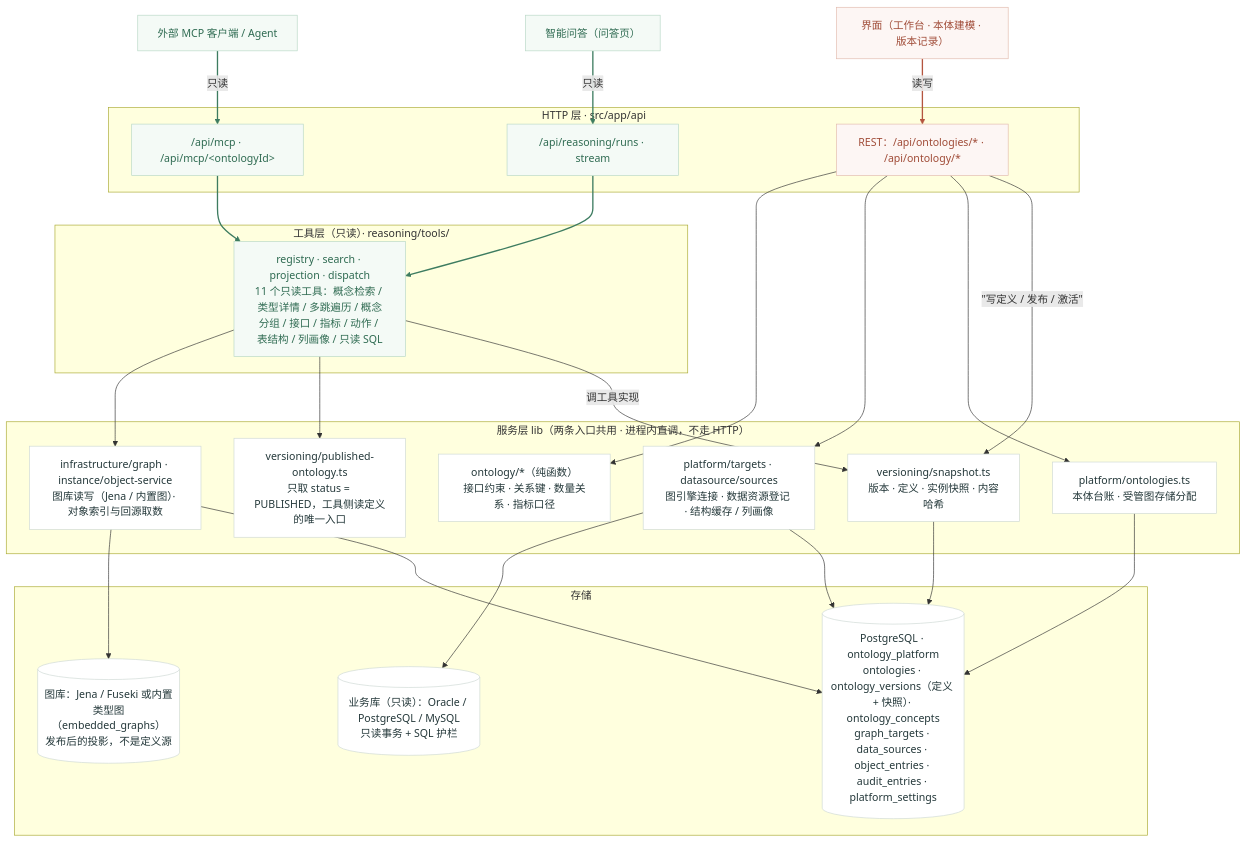
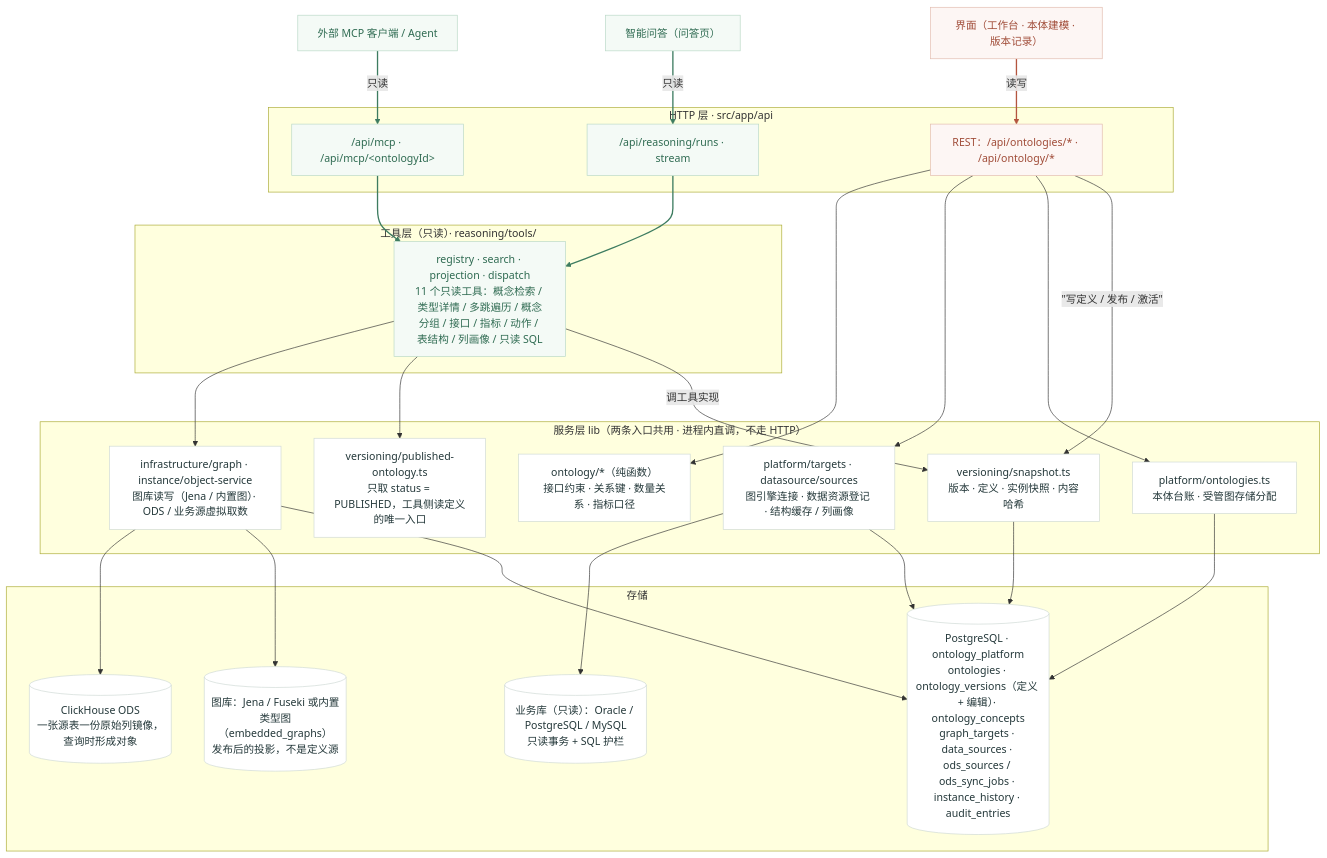
The first of 2 diagrams in README.md (shell-nlp/ontology_management), drawn with Mermaid before and after one commit. The commit also changed other lines of this file and 36 other files, not shown here.

````diff
--- a/README.md
+++ b/README.md
@@ -378,59 +378,61 @@
 ```mermaid
 flowchart TB
   UI["界面（工作台 · 本体建模 · 版本记录）"]
   QA["智能问答（问答页）"]
   EXT["外部 MCP 客户端 / Agent"]
 
   subgraph L_HTTP["HTTP 层 · src/app/api"]
     REST["REST：/api/ontologies/* · /api/ontology/*"]
     RUN["/api/reasoning/runs · stream"]
     MCPE["/api/mcp · /api/mcp/&lt;ontologyId&gt;"]
   end
 
   subgraph L_TOOLS["工具层（只读）· reasoning/tools/"]
     TOOLS["registry · search · projection · dispatch<br/>11 个只读工具：概念检索 / 类型详情 / 多跳遍历 / 概念分组 / 接口 / 指标 / 动作 / 表结构 / 列画像 / 只读 SQL"]
   end
 
   subgraph L_SERVICE["服务层 lib（两条入口共用 · 进程内直调，不走 HTTP）"]
     ONTO["platform/ontologies.ts<br/>本体台账 · 受管图存储分配"]
     SNAP["versioning/snapshot.ts<br/>版本 · 定义 · 实例快照 · 内容哈希"]
     PUB["versioning/published-ontology.ts<br/>只取 status = PUBLISHED，工具侧读定义的唯一入口"]
     SRCT["platform/targets · datasource/sources<br/>图引擎连接 · 数据资源登记 · 结构缓存 / 列画像"]
-    GRAPHS["infrastructure/graph · instance/object-service<br/>图库读写（Jena / 内置图）· 对象索引与回源取数"]
+    GRAPHS["infrastructure/graph · instance/object-service<br/>图库读写（Jena / 内置图）· ODS / 业务源虚拟取数"]
     PURE["ontology/*（纯函数）<br/>接口约束 · 关系键 · 数量关系 · 指标口径"]
   end
 
   subgraph L_STORE["存储"]
-    PG[("PostgreSQL · ontology_platform<br/>ontologies · ontology_versions（定义 + 快照）· ontology_concepts<br/>graph_targets · data_sources · object_entries · audit_entries · platform_settings")]
+    PG[("PostgreSQL · ontology_platform<br/>ontologies · ontology_versions（定义 + 编辑）· ontology_concepts<br/>graph_targets · data_sources · ods_sources / ods_sync_jobs · instance_history · audit_entries")]
+    CHODS[("ClickHouse ODS<br/>一张源表一份原始列镜像，查询时形成对象")]
     GRAPH[("图库：Jena / Fuseki 或内置类型图（embedded_graphs）<br/>发布后的投影，不是定义源")]
     BIZ[("业务库（只读）：Oracle / PostgreSQL / MySQL<br/>只读事务 + SQL 护栏")]
   end
 
   UI -->|"读写"| REST
   QA -->|"只读"| RUN
   EXT -->|"只读"| MCPE
   REST -->|&quot;写定义 / 发布 / 激活&quot;| SNAP
   REST --> ONTO
   REST --> SRCT
   REST --> PURE
   RUN --> TOOLS
   MCPE --> TOOLS
   TOOLS -->|"调工具实现"| SNAP
   TOOLS --> PUB
   TOOLS --> GRAPHS
   ONTO --> PG
   SNAP --> PG
   SRCT --> PG
   SRCT --> BIZ
   GRAPHS --> PG
   GRAPHS --> GRAPH
+  GRAPHS --> CHODS
 
   classDef write fill:#fdf6f4,stroke:#e2bbae,color:#a04c38;
   classDef read fill:#f4faf6,stroke:#b9d8c6,color:#2f6b52;
   classDef plain fill:#ffffff,stroke:#cfd9d4,color:#24383a;
   class UI,REST write;
   class QA,EXT,RUN,MCPE,TOOLS read;
-  class ONTO,SNAP,PUB,SRCT,GRAPHS,PURE,PG,GRAPH,BIZ plain;
+  class ONTO,SNAP,PUB,SRCT,GRAPHS,PURE,PG,GRAPH,BIZ,CHODS plain;
   linkStyle 0 stroke:#b4553f,stroke-width:2px;
   linkStyle 1,2,7,8 stroke:#3d7c60,stroke-width:2px;
 ```
````
